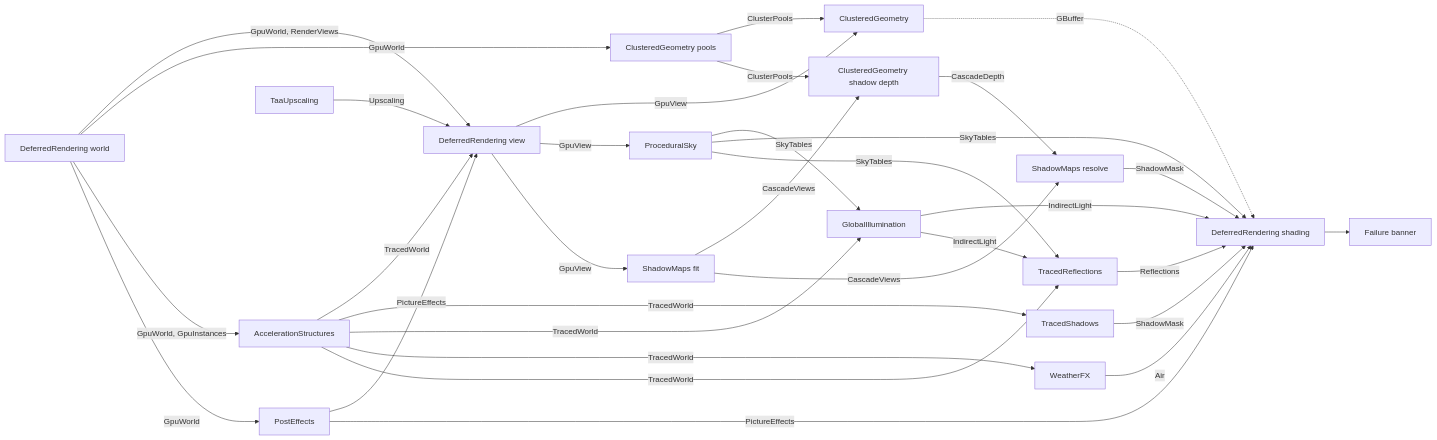
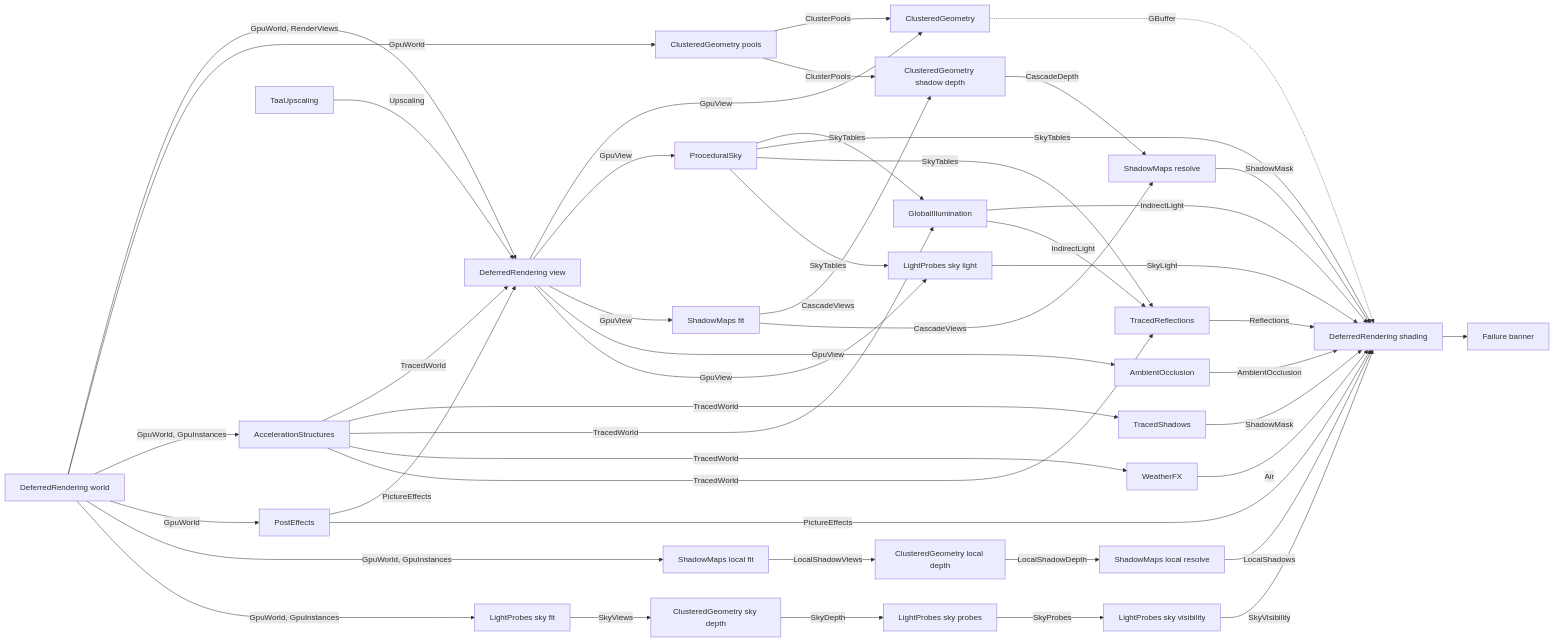
The diagram in docs/RENDERING.md (Konfus-org/Magic), drawn with Mermaid before and after one commit. The commit also changed other lines of this file and 57 other files, not shown here.

First line of the commit message:
feat: shadow every local light, add GTAO, sky light and sky visibility, and switch the cabin to them

````diff
--- a/docs/RENDERING.md
+++ b/docs/RENDERING.md
@@ -12,34 +12,48 @@
 ```mermaid
 flowchart LR
     World[DeferredRendering world] -- GpuWorld, RenderViews --> View[DeferredRendering view]
     World -- GpuWorld --> Pools[ClusteredGeometry pools]
     World -- GpuWorld, GpuInstances --> Accel[AccelerationStructures]
     World -- GpuWorld --> Post[PostEffects]
     Taa[TaaUpscaling] -- Upscaling --> View
     Post -- PictureEffects --> View
     Accel -- TracedWorld --> View
     View -- GpuView --> Clusters[ClusteredGeometry]
     View -- GpuView --> Sky[ProceduralSky]
     Sky -- SkyTables --> GI
     Sky -- SkyTables --> Shading
     Sky -- SkyTables --> Refl
     Pools -- ClusterPools --> Clusters
     Accel -- TracedWorld --> Shadows[TracedShadows]
     Accel -- TracedWorld --> GI[GlobalIllumination]
     Accel -- TracedWorld --> Vol[WeatherFX]
     Shadows -- ShadowMask --> Shading[DeferredRendering shading]
     View -- GpuView --> Fit[ShadowMaps fit]
     Fit -- CascadeViews --> ShadowDepth[ClusteredGeometry shadow depth]
     Pools -- ClusterPools --> ShadowDepth
     ShadowDepth -- CascadeDepth --> Resolve[ShadowMaps resolve]
     Fit -- CascadeViews --> Resolve
     Resolve -- ShadowMask --> Shading
+    World -- GpuWorld, GpuInstances --> LocalFit[ShadowMaps local fit]
+    LocalFit -- LocalShadowViews --> LocalDepth[ClusteredGeometry local depth]
+    LocalDepth -- LocalShadowDepth --> LocalResolve[ShadowMaps local resolve]
+    LocalResolve -- LocalShadows --> Shading
+    View -- GpuView --> Gtao[AmbientOcclusion]
+    Gtao -- AmbientOcclusion --> Shading
+    View -- GpuView --> SkyLight[LightProbes sky light]
+    Sky -- SkyTables --> SkyLight
+    SkyLight -- SkyLight --> Shading
+    World -- GpuWorld, GpuInstances --> SkyFit[LightProbes sky fit]
+    SkyFit -- SkyViews --> SkyDepth[ClusteredGeometry sky depth]
+    SkyDepth -- SkyDepth --> SkyProbes[LightProbes sky probes]
+    SkyProbes -- SkyProbes --> SkySeen[LightProbes sky visibility]
+    SkySeen -- SkyVisibility --> Shading
     GI -- IndirectLight --> Shading
     Accel -- TracedWorld --> Refl[TracedReflections]
     GI -- IndirectLight --> Refl
     Refl -- Reflections --> Shading
     Vol -- Air --> Shading
     Post -- PictureEffects --> Shading
     Clusters -. GBuffer .-> Shading
     Shading --> Banner[Failure banner]
 ```
````
